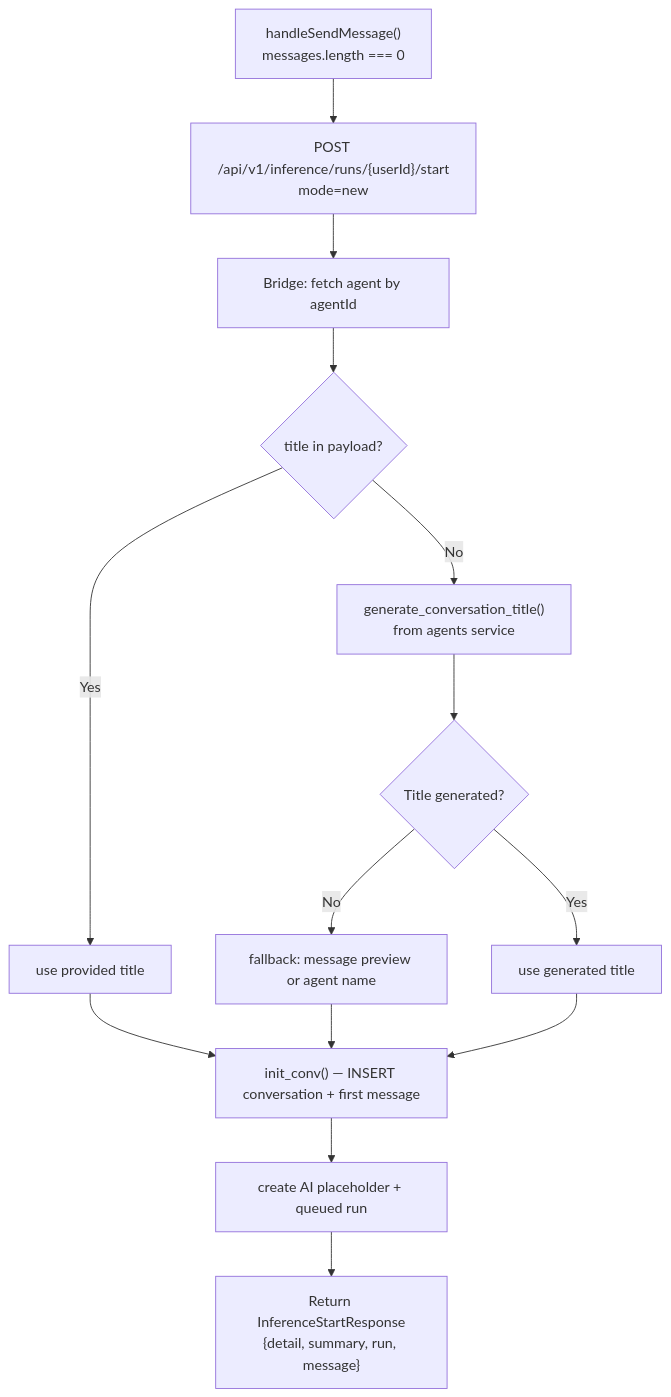
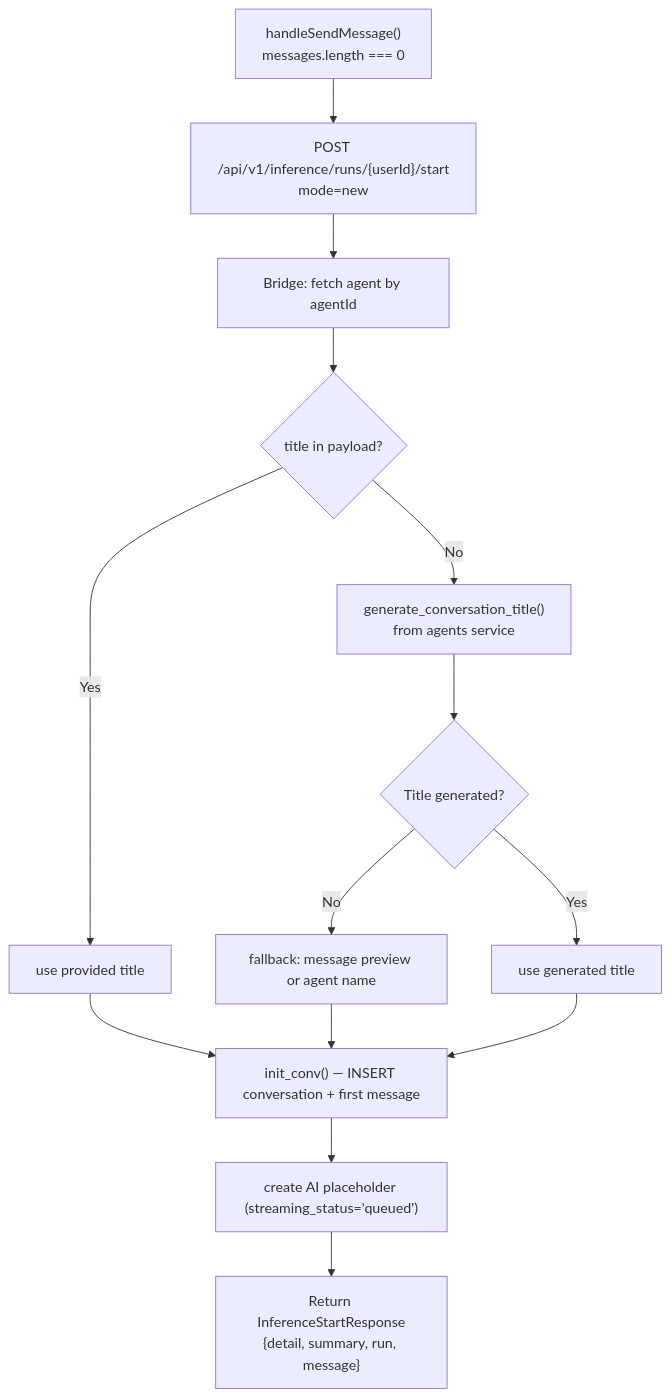
Before and after one commit to konstantinosmpouros/mAgenticX: the third of 6 diagrams in docs/flows/conversation-management.md, drawn with Mermaid. The commit also changed other lines of this file and 26 other files, not shown here.

````diff
--- a/docs/flows/conversation-management.md
+++ b/docs/flows/conversation-management.md
@@ -47,14 +47,14 @@
 ```mermaid
 flowchart TD
     A["handleSendMessage()\nmessages.length === 0"] --> B["POST /api/v1/inference/runs/{userId}/start\nmode=new"]
     B --> C["Bridge: fetch agent by agentId"]
     C --> D{title in payload?}
     D -->|No| E["generate_conversation_title()\nfrom agents service"]
     D -->|Yes| F["use provided title"]
     E --> G{Title generated?}
     G -->|No| H["fallback: message preview or agent name"]
     G -->|Yes| I["use generated title"]
     F & H & I --> J["init_conv() — INSERT conversation + first message"]
-    J --> K["create AI placeholder + queued run"]
+    J --> K["create AI placeholder (streaming_status='queued')"]
     K --> L["Return InferenceStartResponse\n{detail, summary, run, message}"]
 ```
````
